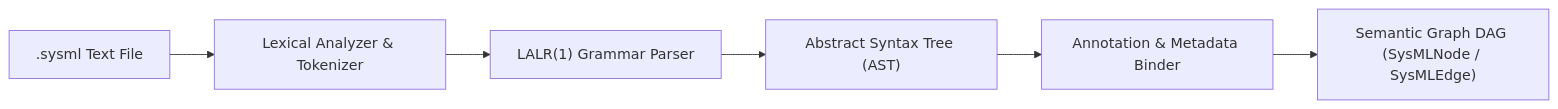
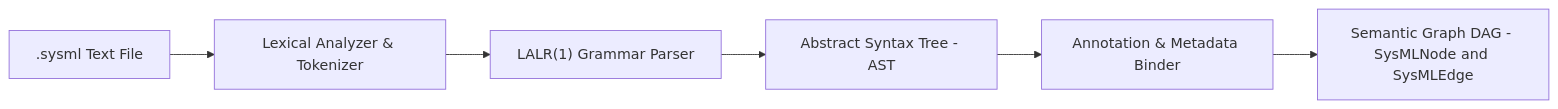
The second of 7 diagrams in docs/architecture/blueprints/DEAP_SYSML_V2_INGESTION_ENGINE_BLUEPRINT.md (gintatkinson/DEAP-spec-core), drawn with Mermaid before and after one commit. The commit also changed other lines of this file and 1 other file, not shown here.

Commit message:
feat(blueprint): synchronize SysML v2 Ingestion Engine solution blueprint DEAP-BLUEPRINT-SYSML-003 across polyrepos

````diff
--- a/docs/architecture/blueprints/DEAP_SYSML_V2_INGESTION_ENGINE_BLUEPRINT.md
+++ b/docs/architecture/blueprints/DEAP_SYSML_V2_INGESTION_ENGINE_BLUEPRINT.md
@@ -74,8 +74,8 @@
 ```mermaid
 flowchart LR
     Source[".sysml Text File"] --> Lexer["Lexical Analyzer & Tokenizer"]
     Lexer --> Parser["LALR(1) Grammar Parser"]
-    Parser --> AST["Abstract Syntax Tree (AST)"]
+    Parser --> AST["Abstract Syntax Tree - AST"]
     AST --> Annotator["Annotation & Metadata Binder"]
-    Annotator --> DAG["Semantic Graph DAG (SysMLNode / SysMLEdge)"]
+    Annotator --> DAG["Semantic Graph DAG - SysMLNode and SysMLEdge"]
 ```
````
